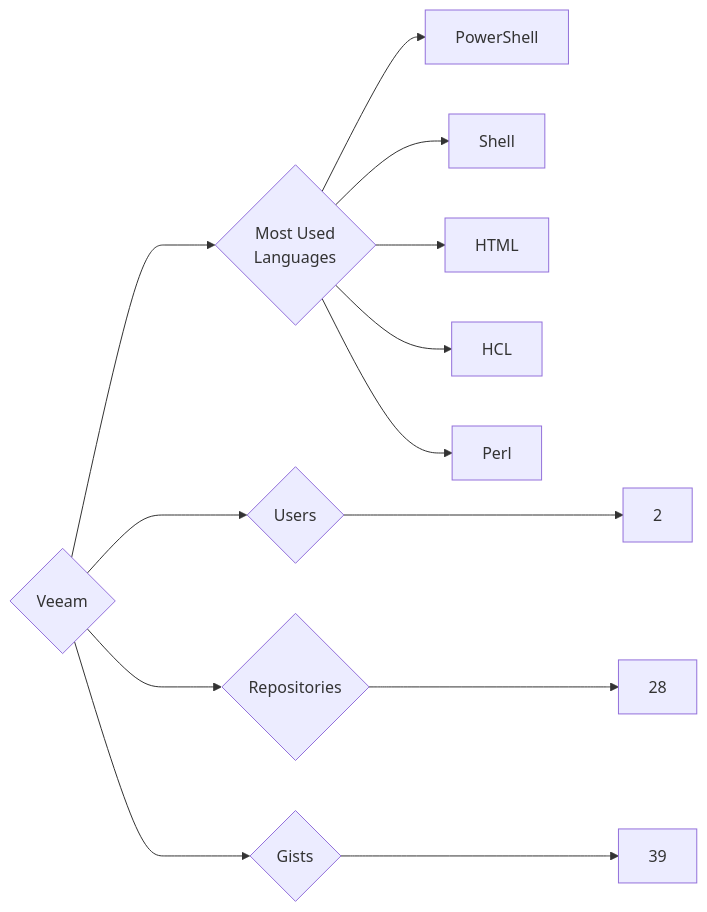
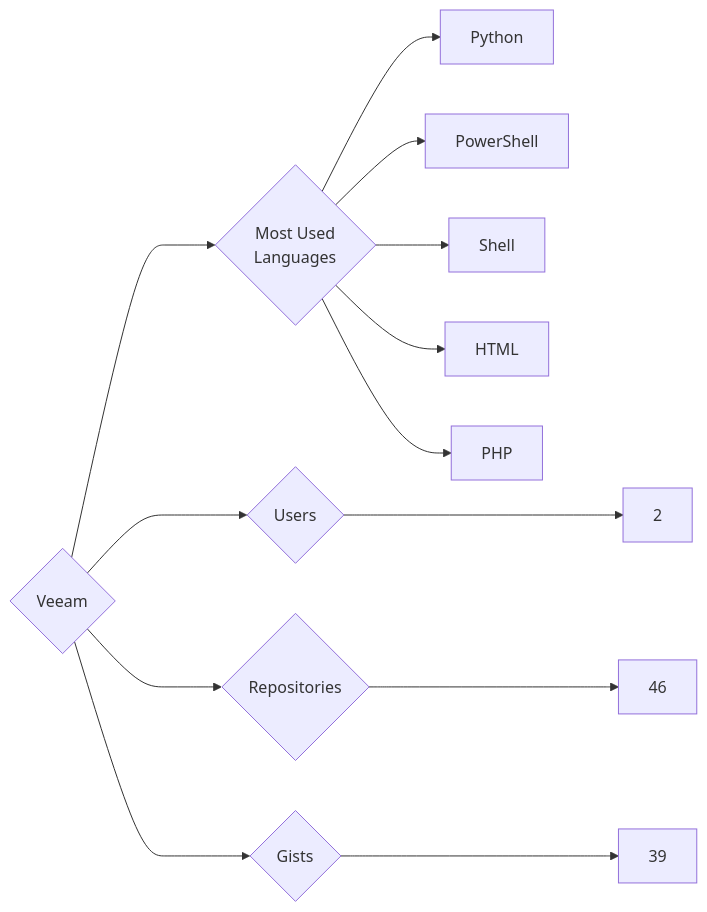
Before and after one commit to trickest/insiders: the diagram in targets/Veeam/README.md, drawn with Mermaid. The commit also changed 1508 other files, not shown here.

````diff
--- a/targets/Veeam/README.md
+++ b/targets/Veeam/README.md
@@ -3,13 +3,13 @@
 ```mermaid
 graph LR
 COMPANY_NAME{Veeam}
 COMPANY_NAME ---> U{Users} ---> UN[2]
-COMPANY_NAME ---> R{Repositories} ---> RN[28]
+COMPANY_NAME ---> R{Repositories} ---> RN[46]
 COMPANY_NAME ---> G{Gists} ---> GN[39]
 COMPANY_NAME ---> ML{Most Used<br>Languages}
+ML --> Python[Python]
 ML --> PowerShell[PowerShell]
 ML --> Shell[Shell]
 ML --> HTML[HTML]
-ML --> HCL[HCL]
-ML --> Perl[Perl]
+ML --> PHP[PHP]
 ```
````
